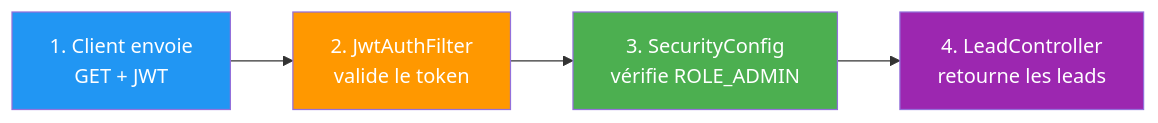
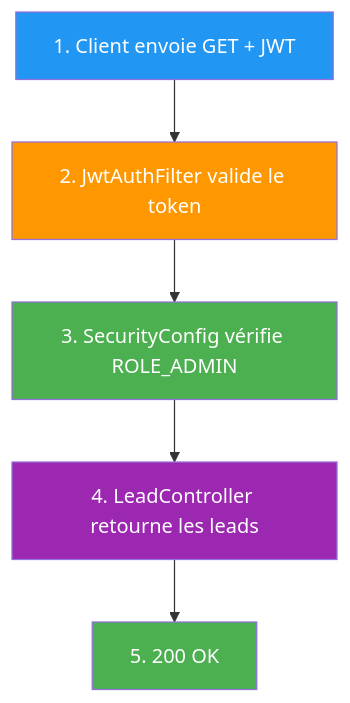
Before and after one commit to hrhouma1/inskillflow-docs-formation-spring-boot-projet-e-contact-backend: the fourth of 15 diagrams in cours/annexe-e-endpoints-scenarios.md, drawn with Mermaid. The commit also changed other lines of this file and 1 other file, not shown here.

Commit message:
Diagrammes en vertical (TB) - un en bas de l'autre pour meilleure lisibilite

````diff
--- a/cours/annexe-e-endpoints-scenarios.md
+++ b/cours/annexe-e-endpoints-scenarios.md
@@ -222,11 +222,14 @@
 ```mermaid
-graph LR
-    A["1. Client envoie<br/>GET + JWT"] --> B["2. JwtAuthFilter<br/>valide le token"]
-    B --> C["3. SecurityConfig<br/>vérifie ROLE_ADMIN"]
-    C --> D["4. LeadController<br/>retourne les leads"]
+graph TB
+    A["1. Client envoie GET + JWT"]
+    A --> B["2. JwtAuthFilter valide le token"]
+    B --> C["3. SecurityConfig vérifie ROLE_ADMIN"]
+    C --> D["4. LeadController retourne les leads"]
+    D --> E["5. 200 OK"]
     
     style A fill:#2196F3,color:#fff
     style B fill:#FF9800,color:#fff
     style C fill:#4CAF50,color:#fff
     style D fill:#9C27B0,color:#fff
+    style E fill:#4CAF50,color:#fff
 ```
````
